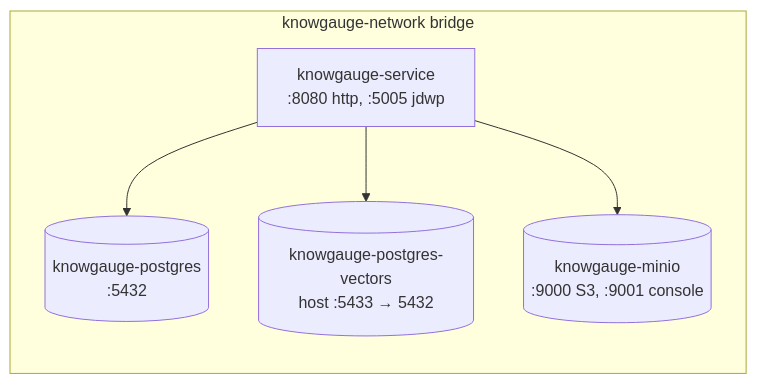
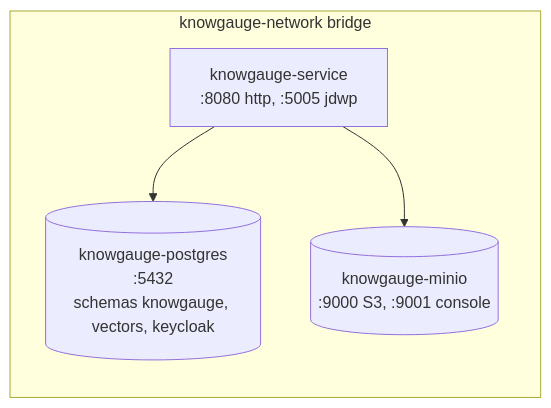
One commit to irina981/know-gauge changed the second of 2 diagrams in docs/architecture/01-system-overview.md. Above: the diagram before and after it, drawn with Mermaid. The commit also changed other lines of this file and 24 other files, not shown here.

First line of the commit message:
build(config): Run one Postgres with knowgauge, vectors and keycloak schemas

````diff
--- a/docs/architecture/01-system-overview.md
+++ b/docs/architecture/01-system-overview.md
@@ -46,12 +46,10 @@
 ```mermaid
 flowchart LR
     subgraph net[knowgauge-network  bridge]
         app[knowgauge-service<br/>:8080 http, :5005 jdwp]
-        pg[(knowgauge-postgres<br/>:5432)]
-        pgv[(knowgauge-postgres-vectors<br/>host :5433 → 5432)]
+        pg[(knowgauge-postgres<br/>:5432<br/>schemas knowgauge, vectors, keycloak)]
         minio[(knowgauge-minio<br/>:9000 S3, :9001 console)]
     end
     app --> pg
-    app --> pgv
     app --> minio
 ```
````
